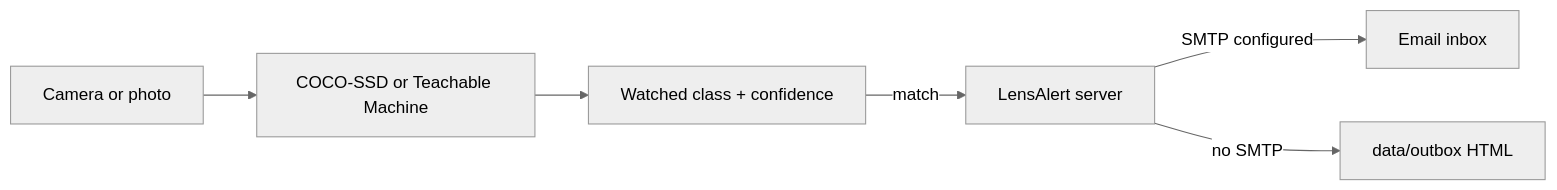
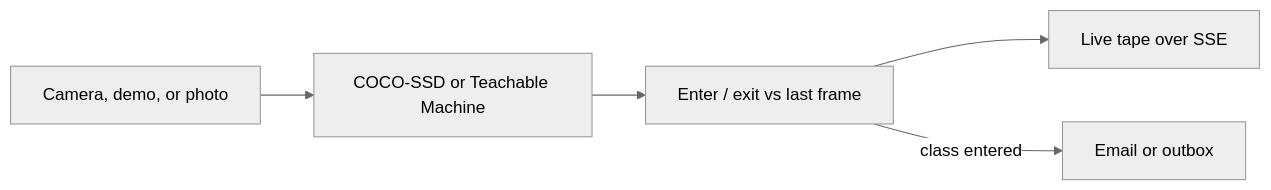
One commit to Kaveri-naik/teachablemachine-community changed the diagram in apps/image-alert/README.md. Above: the diagram before and after it, drawn with Mermaid (neutral theme). The commit also changed other lines of this file and 13 other files, not shown here.

First line of the commit message:
Add real-time monitoring console to LensAlert

````diff
--- a/apps/image-alert/README.md
+++ b/apps/image-alert/README.md
@@ -7,8 +7,7 @@
 ```mermaid
 flowchart LR
-  camera[Camera or photo] --> model[COCO-SSD or Teachable Machine]
-  model --> rules[Watched class + confidence]
-  rules -->|match| api[LensAlert server]
-  api -->|SMTP configured| inbox[Email inbox]
-  api -->|no SMTP| outbox[data/outbox HTML]
+  feed[Camera, demo, or photo] --> model[COCO-SSD or Teachable Machine]
+  model --> presence[Enter / exit vs last frame]
+  presence --> sse[Live tape over SSE]
+  presence -->|class entered| mail[Email or outbox]
 ```
````
